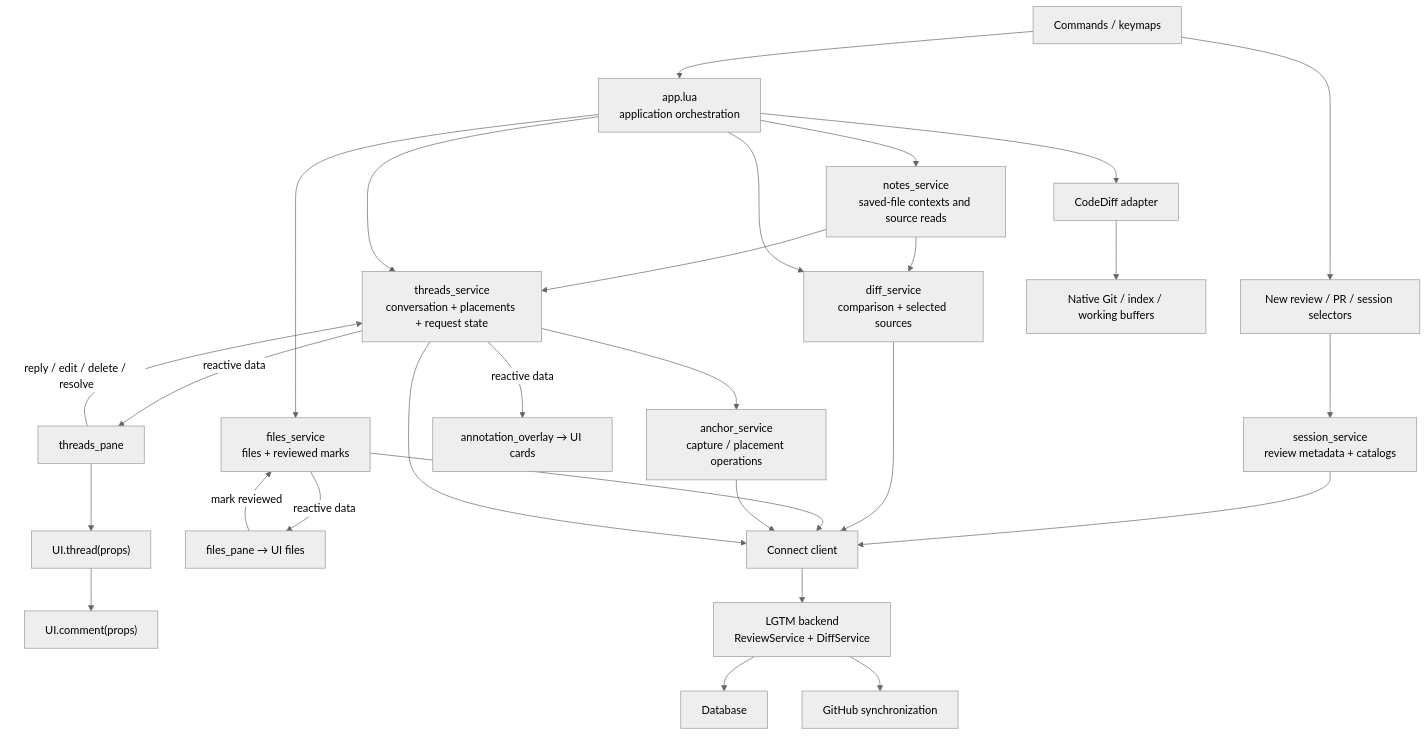
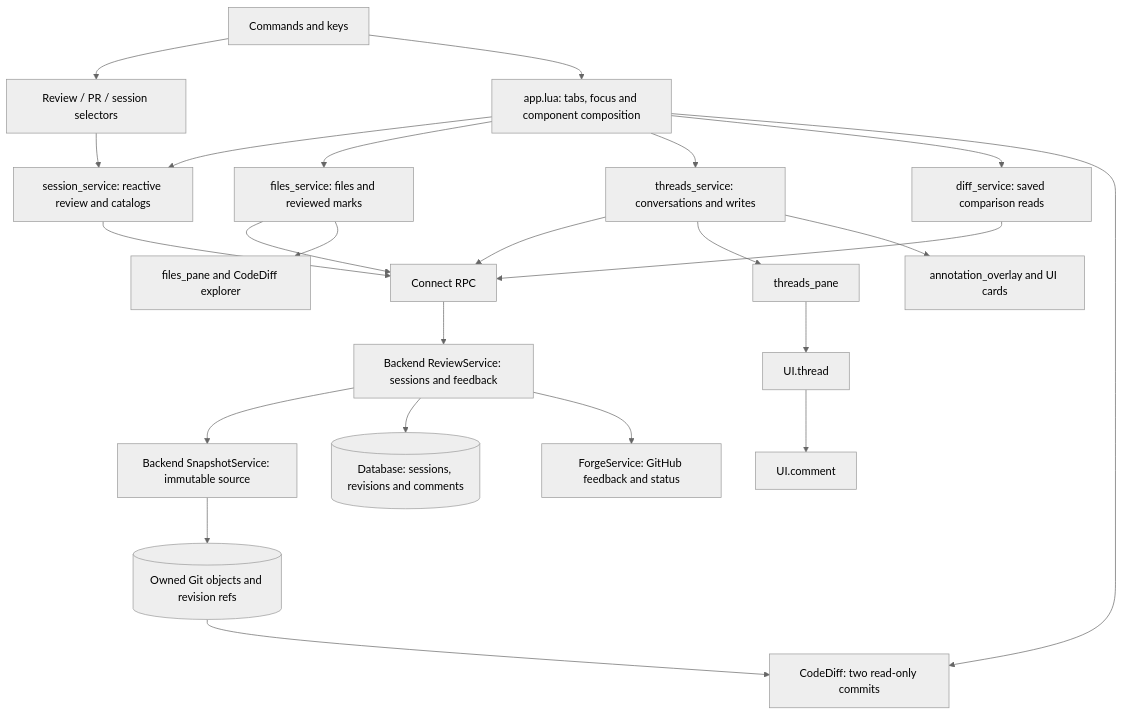
Before and after one commit to difflab-io/lgtm: the first of 4 diagrams in docs/architecture/lgtm.nvim/index.md, drawn with Mermaid (neutral theme). The commit also changed other lines of this file and 126 other files, not shown here.

Commit message:
feat(reviews): retain immutable snapshots across review sessions

````diff
--- a/docs/architecture/lgtm.nvim/index.md
+++ b/docs/architecture/lgtm.nvim/index.md
@@ -27,30 +27,26 @@
 ```mermaid
 flowchart TB
-  Commands["Commands / keymaps"] --> Dialog["New review / PR / session selectors"]
-  Commands --> App["app.lua<br/>application orchestration"]
-  App --> Notes["notes_service<br/>saved-file contexts and source reads"]
-  Notes --> Threads
-  Notes --> Diff
-  Dialog --> Sessions["session_service<br/>review metadata + catalogs"]
-  App --> Diff["diff_service<br/>comparison + selected sources"]
-  App --> Files["files_service<br/>files + reviewed marks"]
-  App --> Threads["threads_service<br/>conversation + placements + request state"]
-  Threads -->|"reactive data"| Pane["threads_pane"]
-  Pane --> Thread["UI.thread(props)"]
-  Thread --> Comment["UI.comment(props)"]
-  Threads -->|"reactive data"| Cards["annotation_overlay → UI cards"]
-  Files -->|"reactive data"| FilePane["files_pane → UI files"]
-  Pane -->|"reply / edit / delete / resolve"| Threads
-  FilePane -->|"mark reviewed"| Files
-  Sessions --> RPC["Connect client"]
-  Diff --> RPC
+  Commands[Commands and keys] --> Selectors[Review / PR / session selectors]
+  Selectors --> Sessions[session_service: reactive review and catalogs]
+  Commands --> App[app.lua: tabs, focus and component composition]
+  App --> Sessions
+  App --> Files[files_service: files and reviewed marks]
+  App --> Threads[threads_service: conversations and writes]
+  App --> Diffs[diff_service: saved comparison reads]
+  Sessions --> RPC[Connect RPC]
   Files --> RPC
-  Threads --> Anchors["anchor_service<br/>capture / placement operations"]
-  Anchors --> RPC
   Threads --> RPC
-  RPC --> Backend["LGTM backend<br/>ReviewService + DiffService"]
-  Backend --> Database["Database"]
-  Backend --> Forge["GitHub synchronization"]
-  App --> CodeDiff["CodeDiff adapter"]
-  CodeDiff --> Native["Native Git / index / working buffers"]
+  Diffs --> RPC
+  RPC --> ReviewService[Backend ReviewService: sessions and feedback]
+  ReviewService --> SnapshotService[Backend SnapshotService: immutable source]
+  ReviewService --> DB[(Database: sessions, revisions and comments)]
+  ReviewService --> Forge[ForgeService: GitHub feedback and status]
+  SnapshotService --> Git[(Owned Git objects and revision refs)]
+  Threads --> Pane[threads_pane]
+  Pane --> Thread[UI.thread]
+  Thread --> Comment[UI.comment]
+  Threads --> Overlay[annotation_overlay and UI cards]
+  Files --> Explorer[files_pane and CodeDiff explorer]
+  App --> CodeDiff[CodeDiff: two read-only commits]
+  Git --> CodeDiff
 ```
````
